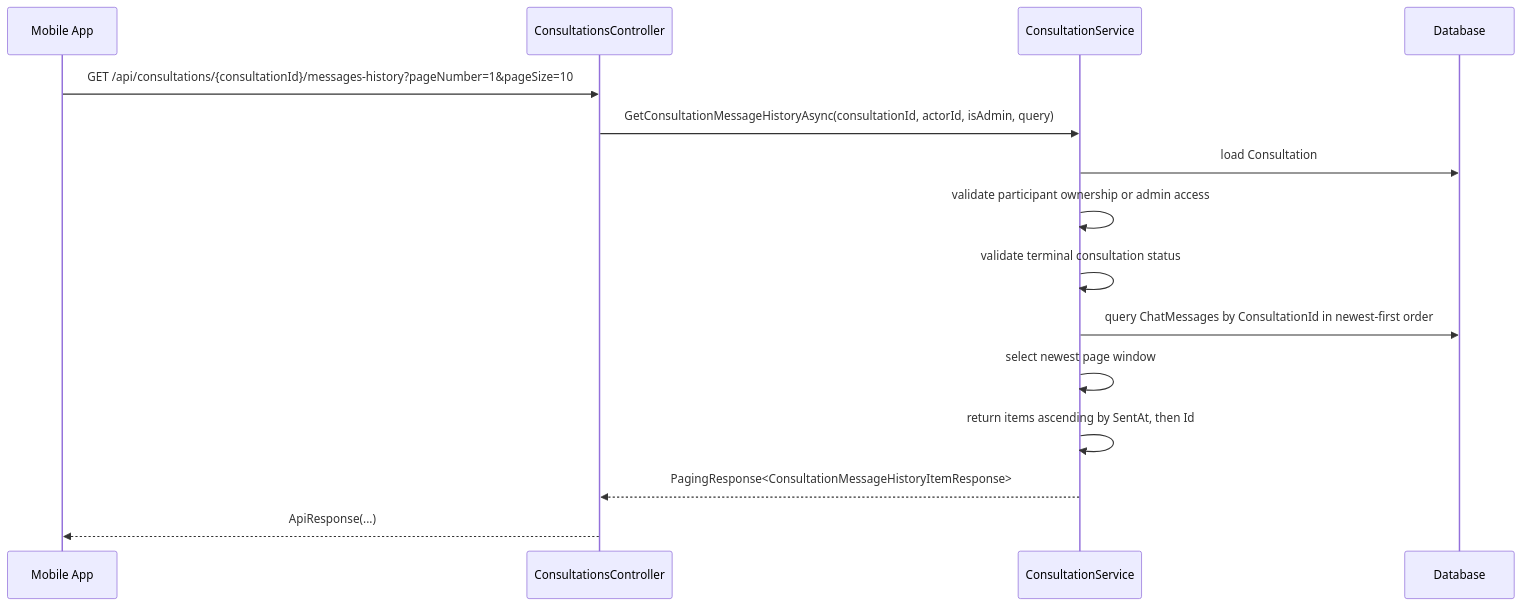
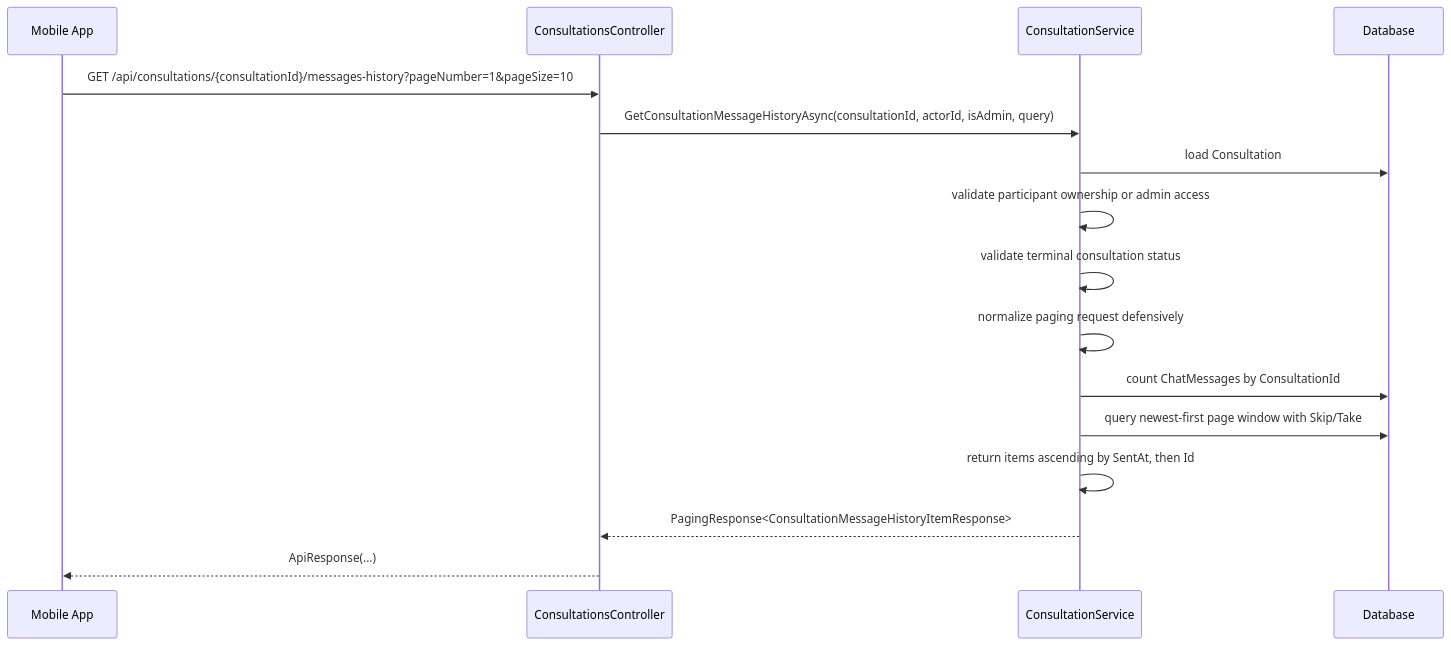
One commit to Snake-AID/SnakeAid.Docs changed the third of 3 diagrams in Docs/05-Backend/02-layers/consultation-message-history/consultation-message-history.sourcecode.md. Above: the diagram before and after it, drawn with Mermaid. The commit also changed other lines of this file and 4 other files, not shown here.

First line of the commit message:
docs(consultation-message-history): document db-side paging and input normalization

````diff
--- a/Docs/05-Backend/02-layers/consultation-message-history/consultation-message-history.sourcecode.md
+++ b/Docs/05-Backend/02-layers/consultation-message-history/consultation-message-history.sourcecode.md
@@ -182,18 +188,19 @@
 ```mermaid
 sequenceDiagram
     participant App as Mobile App
     participant API as ConsultationsController
     participant Service as ConsultationService
     participant DB as Database
 
     App->>API: GET /api/consultations/{consultationId}/messages-history?pageNumber=1&pageSize=10
     API->>Service: GetConsultationMessageHistoryAsync(consultationId, actorId, isAdmin, query)
     Service->>DB: load Consultation
     Service->>Service: validate participant ownership or admin access
     Service->>Service: validate terminal consultation status
-    Service->>DB: query ChatMessages by ConsultationId in newest-first order
-    Service->>Service: select newest page window
+    Service->>Service: normalize paging request defensively
+    Service->>DB: count ChatMessages by ConsultationId
+    Service->>DB: query newest-first page window with Skip/Take
     Service->>Service: return items ascending by SentAt, then Id
     Service-->>API: PagingResponse<ConsultationMessageHistoryItemResponse>
     API-->>App: ApiResponse(...)
 ```
````
